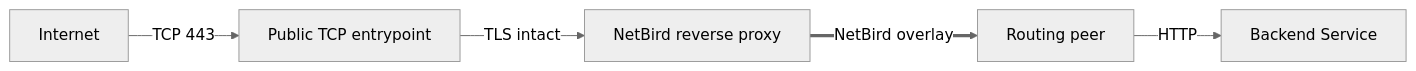
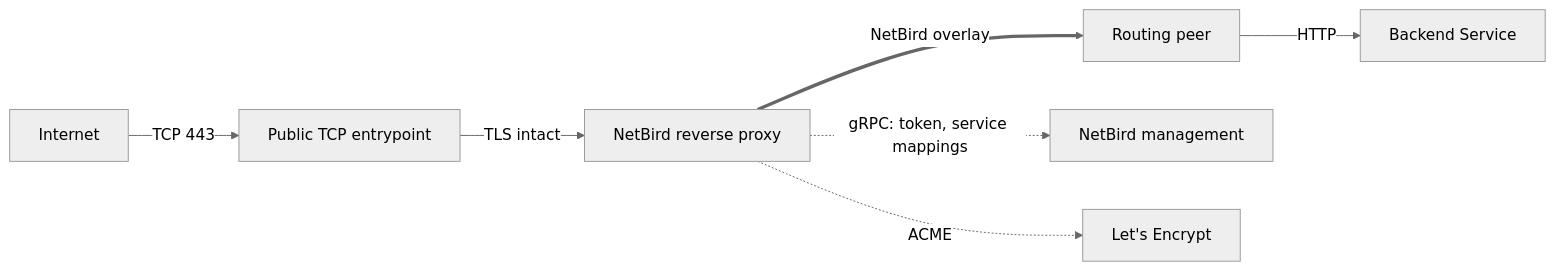
Before and after one commit to netbirdio/docs: the first of 2 diagrams in src/pages/manage/reverse-proxy/openshift.mdx, drawn with Mermaid (neutral theme). The commit also changed other lines of this file, not shown here.

First line of the commit message:
docs: restructure OpenShift proxy guide and add http-01 variation

````diff
--- a/src/pages/manage/reverse-proxy/openshift.mdx
+++ b/src/pages/manage/reverse-proxy/openshift.mdx
@@ -16,7 +27,9 @@
 ```mermaid
 flowchart LR
     internet[Internet] -->|TCP 443| entry[Public TCP entrypoint]
     entry -->|TLS intact| proxy[NetBird reverse proxy]
     proxy ==>|NetBird overlay| peer[Routing peer]
     peer -->|HTTP| app[Backend Service]
+    proxy -.->|gRPC: token, service mappings| mgmt[NetBird management]
+    proxy -.->|ACME| le[Let's Encrypt]
 ```
````
